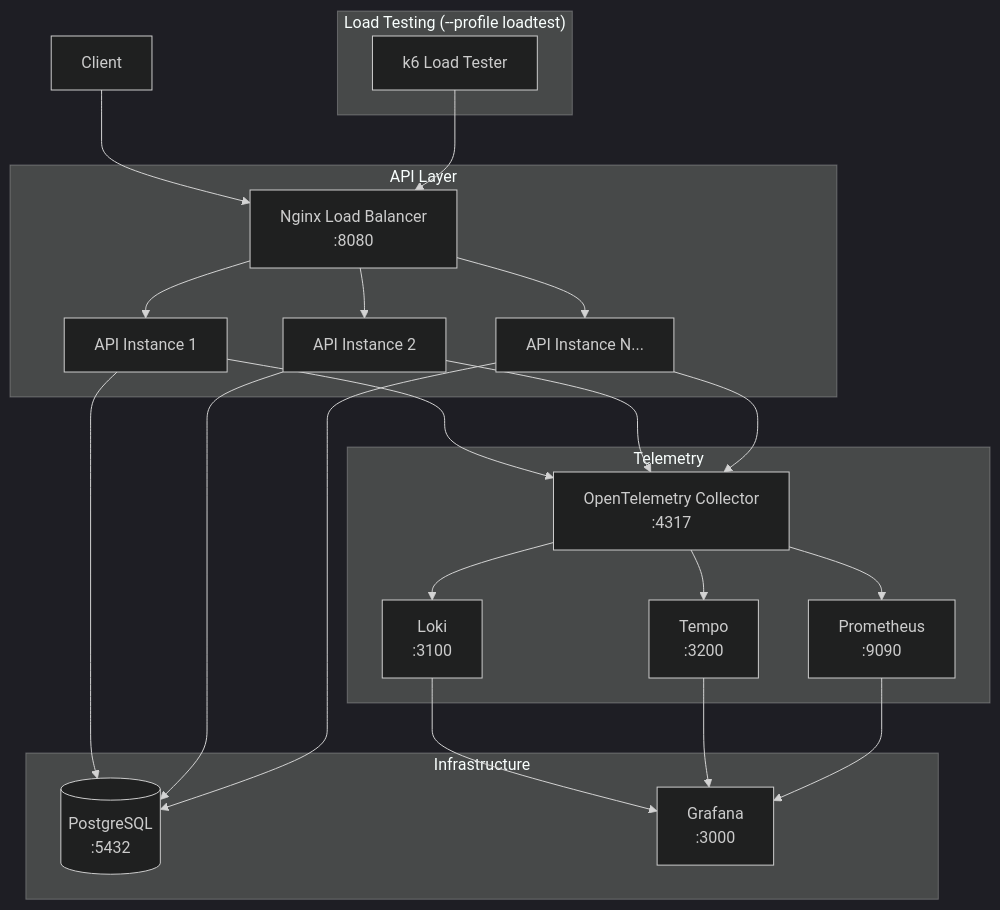
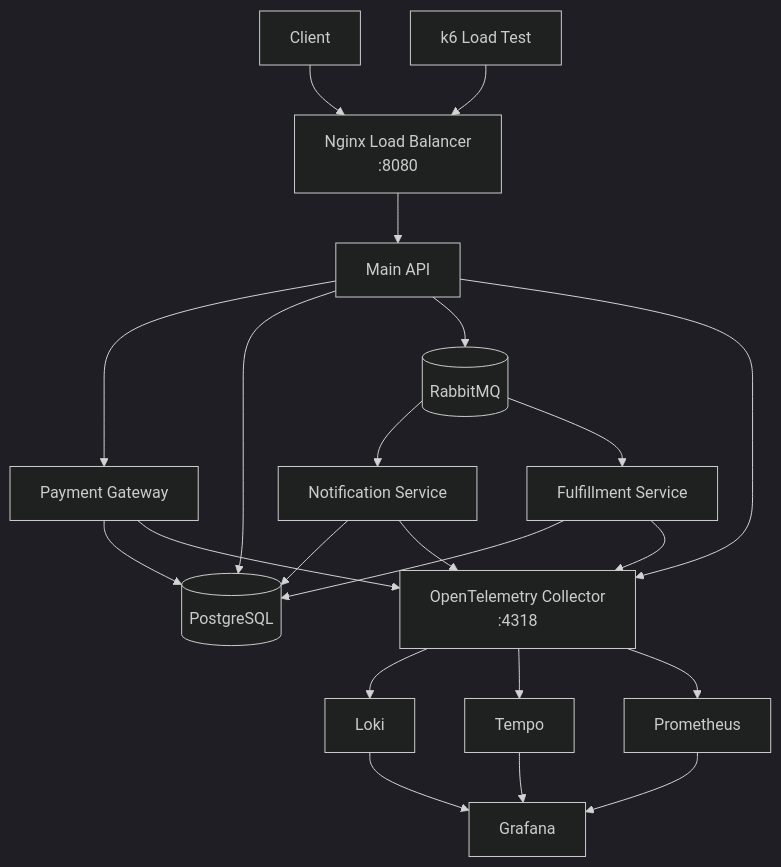
The diagram in README.md (wichurax/SerilogDemo), drawn with Mermaid (dark theme) before and after one commit. The commit also changed other lines of this file and 119 other files, not shown here.

````diff
--- a/README.md
+++ b/README.md
@@ -11,26 +17,26 @@
 ```mermaid
 flowchart TB
-    Client[Client] --> LB[Nginx Load Balancer<br/>:8080]
+  Client[Client] --> LB[Nginx Load Balancer<br/>:8080]
+  LB --> API[Main API]
+  API --> PGW[Payment Gateway]
+  API --> DB[(PostgreSQL)]
+  PGW --> DB
+  API --> RMQ[(RabbitMQ)]
+  RMQ --> NOTIFY[Notification Service]
+  RMQ --> FULFILL[Fulfillment Service]
+  NOTIFY --> DB
+  FULFILL --> DB
 
-    subgraph ApiLayer["API Layer"]
-        LB --> API1[API Instance 1]
-        LB --> API2[API Instance 2]
-        LB --> API3[API Instance N...]
-    end
-    
-    subgraph Telemetry
-      API1 & API2 & API3 --> OTel[OpenTelemetry Collector<br/>:4317]
-      OTel --> Loki[Loki<br/>:3100]
-      OTel --> Tempo[Tempo<br/>:3200]
-      OTel --> Prom[Prometheus<br/>:9090]
-    end
+  API --> OTel[OpenTelemetry Collector<br/>:4318]
+  PGW --> OTel
+  NOTIFY --> OTel
+  FULFILL --> OTel
+  OTel --> Loki[Loki]
+  OTel --> Tempo[Tempo]
+  OTel --> Prom[Prometheus]
+  Loki --> Grafana[Grafana]
+  Tempo --> Grafana
+  Prom --> Grafana
 
-    subgraph Infrastructure
-        API1 & API2 & API3 --> PG[(PostgreSQL<br/>:5432)]
-      Loki & Tempo & Prom --> Grafana[Grafana<br/>:3000]
-    end
-    
-    subgraph LoadTest["Load Testing (--profile loadtest)"]
-        K6[k6 Load Tester] --> LB
-    end
+  K6[k6 Load Test] --> LB
 ```
````
